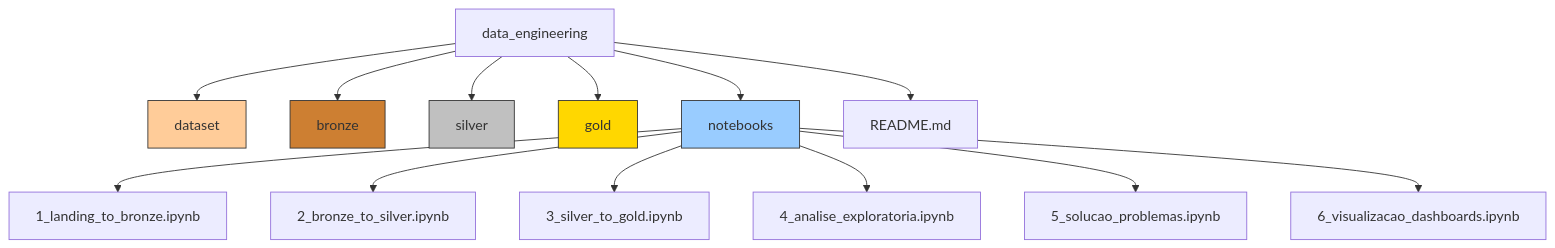
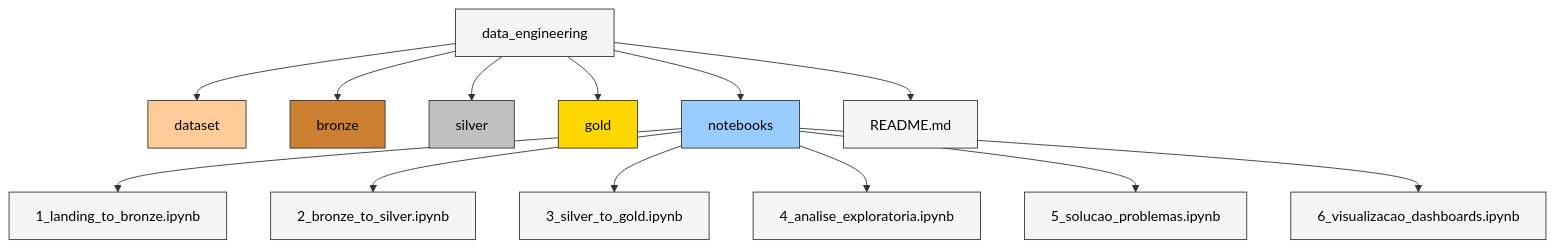
The second of 5 diagrams in README.md (RenanOliveira04/data_engineering), drawn with Mermaid before and after one commit. The commit also changed other lines of this file, not shown here.

Commit message:
Melhorando a visualização dos diagramas Mermaid no README

````diff
--- a/README.md
+++ b/README.md
@@ -33,22 +33,30 @@
 ```mermaid
 graph TD
     A[data_engineering] --> B[dataset]
     A --> C[bronze]
     A --> D[silver]
     A --> E[gold]
     A --> F[notebooks]
     A --> G[README.md]
     
     F --> F1[1_landing_to_bronze.ipynb]
     F --> F2[2_bronze_to_silver.ipynb]
     F --> F3[3_silver_to_gold.ipynb]
     F --> F4[4_analise_exploratoria.ipynb]
     F --> F5[5_solucao_problemas.ipynb]
     F --> F6[6_visualizacao_dashboards.ipynb]
     
-    style B fill:#ffcc99,stroke:#333,stroke-width:1px
-    style C fill:#cd7f32,stroke:#333,stroke-width:1px
-    style D fill:#c0c0c0,stroke:#333,stroke-width:1px
-    style E fill:#ffd700,stroke:#333,stroke-width:1px
-    style F fill:#99ccff,stroke:#333,stroke-width:1px
+    style A fill:#f5f5f5,stroke:#333,stroke-width:1px,color:#000
+    style B fill:#ffcc99,stroke:#333,stroke-width:1px,color:#000
+    style C fill:#cd7f32,stroke:#333,stroke-width:1px,color:#000
+    style D fill:#c0c0c0,stroke:#333,stroke-width:1px,color:#000
+    style E fill:#ffd700,stroke:#333,stroke-width:1px,color:#000
+    style F fill:#99ccff,stroke:#333,stroke-width:1px,color:#000
+    style G fill:#f5f5f5,stroke:#333,stroke-width:1px,color:#000
+    style F1 fill:#f5f5f5,stroke:#333,stroke-width:1px,color:#000
+    style F2 fill:#f5f5f5,stroke:#333,stroke-width:1px,color:#000
+    style F3 fill:#f5f5f5,stroke:#333,stroke-width:1px,color:#000
+    style F4 fill:#f5f5f5,stroke:#333,stroke-width:1px,color:#000
+    style F5 fill:#f5f5f5,stroke:#333,stroke-width:1px,color:#000
+    style F6 fill:#f5f5f5,stroke:#333,stroke-width:1px,color:#000
 ```
````
